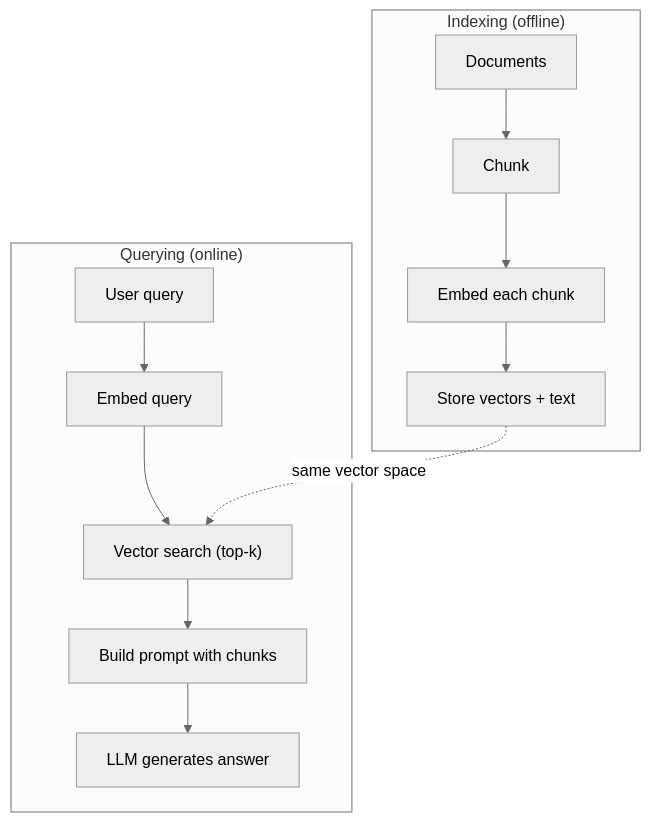
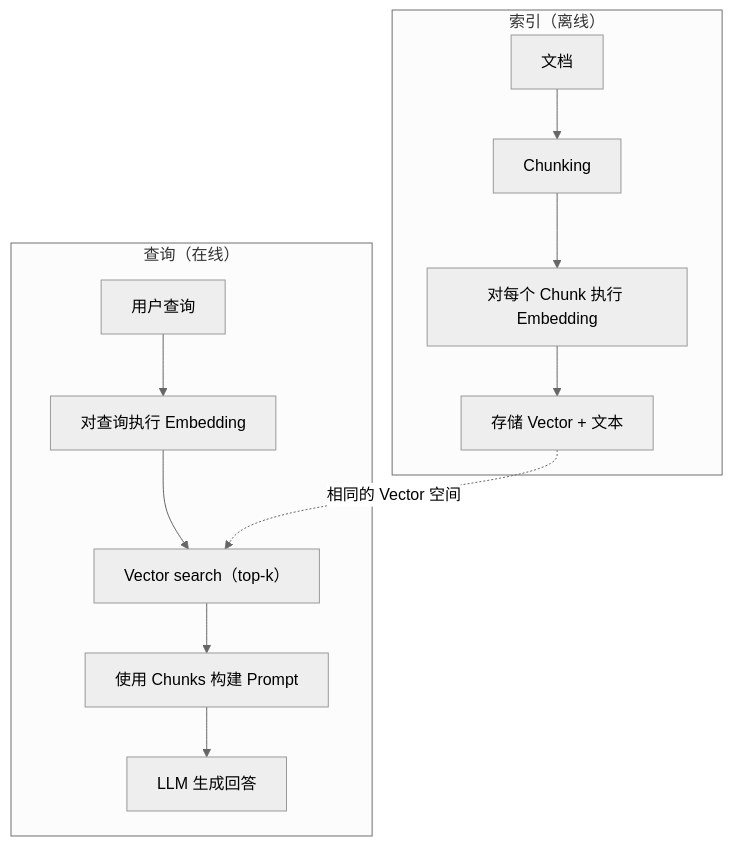
The second of 2 diagrams in phases/11-llm-engineering/06-rag/docs/en.md (cluster1900/ai-engineering-from-scratch-zh), drawn with Mermaid (neutral theme) before and after one commit. The commit also changed other lines of this file and 1 other file, not shown here.

````diff
--- a/phases/11-llm-engineering/06-rag/docs/en.md
+++ b/phases/11-llm-engineering/06-rag/docs/en.md
@@ -147,17 +150,17 @@
 ```mermaid
 graph TD
-    subgraph "Indexing (offline)"
-        D["Documents"] --> C["Chunk"]
-        C --> E["Embed each chunk"]
-        E --> S["Store vectors + text"]
+    subgraph "索引（离线）"
+        D["文档"] --> C["Chunking"]
+        C --> E["对每个 Chunk 执行 Embedding"]
+        E --> S["存储 Vector + 文本"]
     end
 
-    subgraph "Querying (online)"
-        Q["User query"] --> QE["Embed query"]
-        QE --> VS["Vector search (top-k)"]
-        VS --> P["Build prompt with chunks"]
-        P --> LLM["LLM generates answer"]
+    subgraph "查询（在线）"
+        Q["用户查询"] --> QE["对查询执行 Embedding"]
+        QE --> VS["Vector search（top-k）"]
+        VS --> P["使用 Chunks 构建 Prompt"]
+        P --> LLM["LLM 生成回答"]
     end
 
-    S -.->|"same vector space"| VS
+    S -.->|"相同的 Vector 空间"| VS
 ```
````
